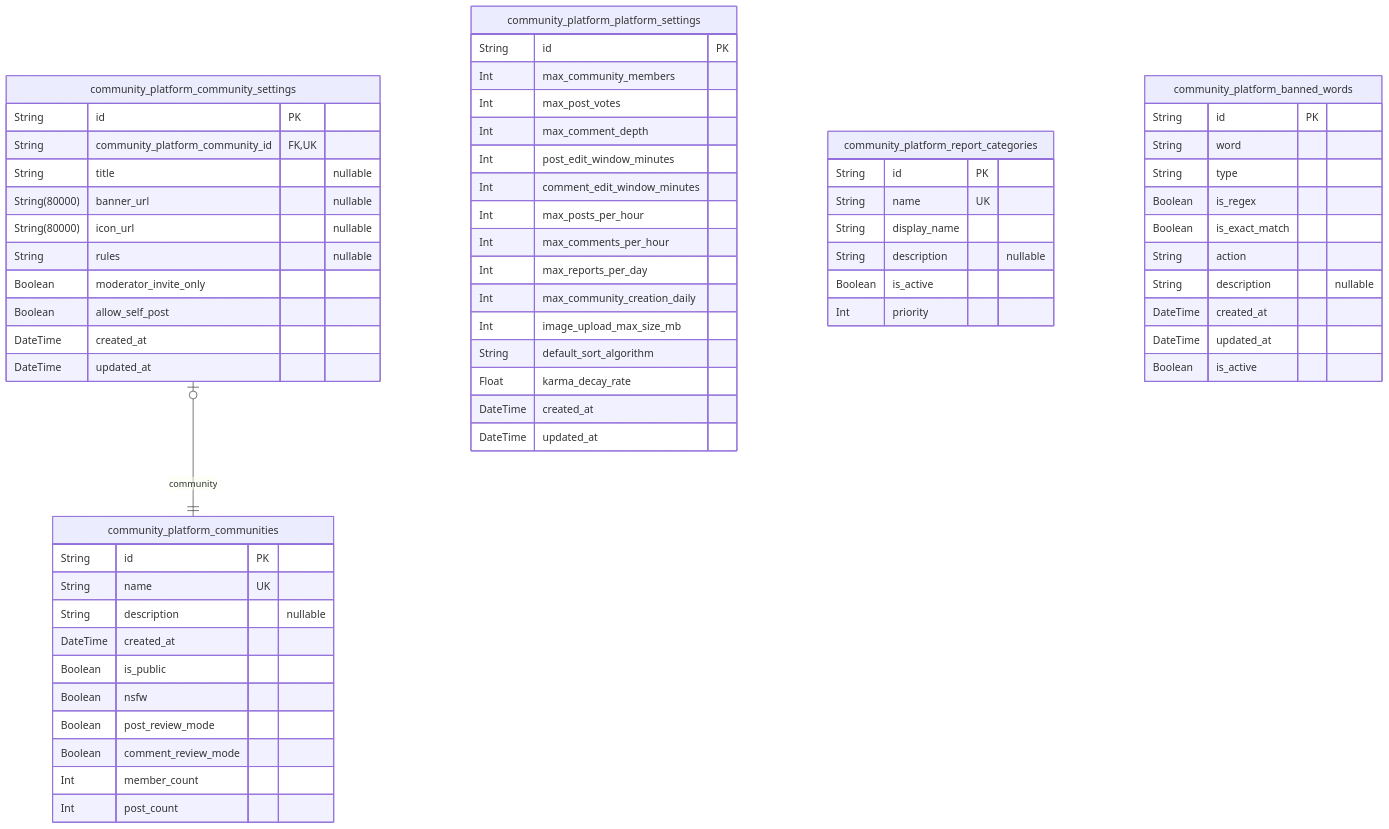
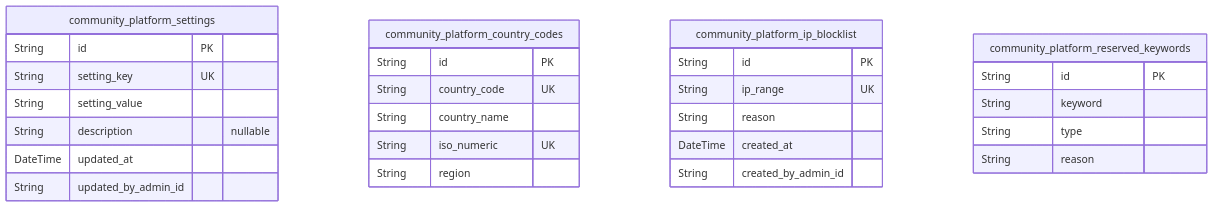
One commit to wrtnlabs/autobe-examples changed the first of 10 diagrams in qwen/qwen3-next-80b-a3b-instruct/reddit/docs/ERD.md. Above: the diagram before and after it, drawn with Mermaid. The commit also changed other lines of this file and 16146 other files, not shown here.

````diff
--- a/qwen/qwen3-next-80b-a3b-instruct/reddit/docs/ERD.md
+++ b/qwen/qwen3-next-80b-a3b-instruct/reddit/docs/ERD.md
@@ -18,65 +18,31 @@
 ```mermaid
 erDiagram
-"community_platform_communities" {
+"community_platform_settings" {
   String id PK
-  String name UK
+  String setting_key UK
+  String setting_value
   String description "nullable"
+  DateTime updated_at
+  String updated_by_admin_id
+}
+"community_platform_country_codes" {
+  String id PK
+  String country_code UK
+  String country_name
+  String iso_numeric UK
+  String region
+}
+"community_platform_ip_blocklist" {
+  String id PK
+  String ip_range UK
+  String reason
   DateTime created_at
-  Boolean is_public
-  Boolean nsfw
-  Boolean post_review_mode
-  Boolean comment_review_mode
-  Int member_count
-  Int post_count
+  String created_by_admin_id
 }
-"community_platform_community_settings" {
+"community_platform_reserved_keywords" {
   String id PK
-  String community_platform_community_id FK,UK
-  String title "nullable"
-  String(80000) banner_url "nullable"
-  String(80000) icon_url "nullable"
-  String rules "nullable"
-  Boolean moderator_invite_only
-  Boolean allow_self_post
-  DateTime created_at
-  DateTime updated_at
+  String keyword
+  String type
+  String reason
 }
-"community_platform_platform_settings" {
-  String id PK
-  Int max_community_members
-  Int max_post_votes
-  Int max_comment_depth
-  Int post_edit_window_minutes
-  Int comment_edit_window_minutes
-  Int max_posts_per_hour
-  Int max_comments_per_hour
-  Int max_reports_per_day
-  Int max_community_creation_daily
-  Int image_upload_max_size_mb
-  String default_sort_algorithm
-  Float karma_decay_rate
-  DateTime created_at
-  DateTime updated_at
-}
-"community_platform_report_categories" {
-  String id PK
-  String name UK
-  String display_name
-  String description "nullable"
-  Boolean is_active
-  Int priority
-}
-"community_platform_banned_words" {
-  String id PK
-  String word
-  String type
-  Boolean is_regex
-  Boolean is_exact_match
-  String action
-  String description "nullable"
-  DateTime created_at
-  DateTime updated_at
-  Boolean is_active
-}
-"community_platform_community_settings" |o--|| "community_platform_communities" : community
 ```
````
